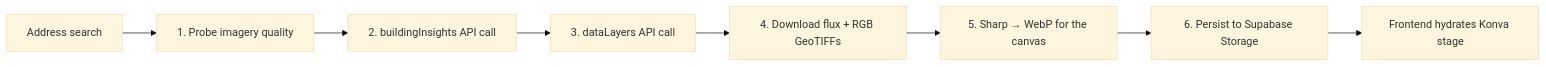
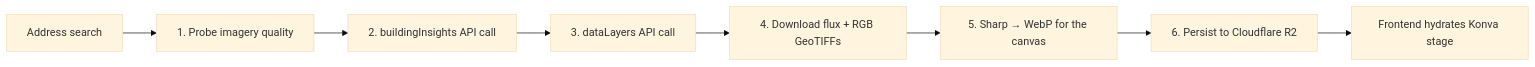
One commit to AlaskanTuna/SolarSim changed the second of 5 diagrams in README.md. Above: the diagram before and after it, drawn with Mermaid (base theme). The commit also changed other lines of this file and 31 other files, not shown here.

````diff
--- a/README.md
+++ b/README.md
@@ -152,10 +153,10 @@
 ```mermaid
 flowchart LR
     Address[Address search] --> Probe[1. Probe imagery quality]
     Probe --> Insights[2. buildingInsights API call]
     Insights --> Layers[3. dataLayers API call]
     Layers --> Download[4. Download flux + RGB GeoTIFFs]
     Download --> Convert[5. Sharp → WebP for the canvas]
-    Convert --> Persist[6. Persist to Supabase Storage]
+    Convert --> Persist[6. Persist to Cloudflare R2]
     Persist --> Hydrate[Frontend hydrates Konva stage]
 ```
````
